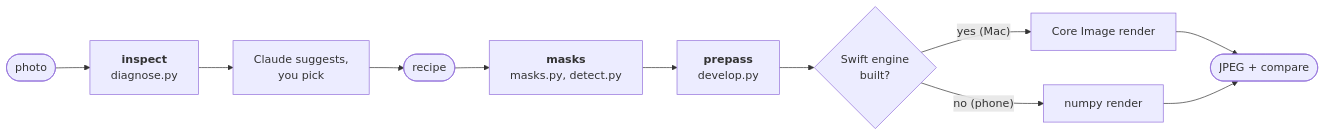
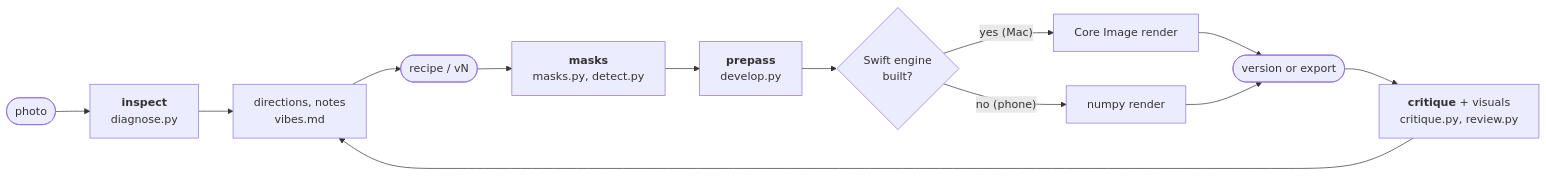
Before and after one commit to dataguyofprocol/feedready: the second of 3 diagrams in README.md, drawn with Mermaid. The commit also changed other lines of this file and 13 other files, not shown here.

````diff
--- a/README.md
+++ b/README.md
@@ -163,13 +181,15 @@
 ```mermaid
 flowchart LR
     P(["photo"]) --> I["<b>inspect</b><br/>diagnose.py"]
-    I --> S["Claude suggests,<br/>you pick"]
-    S --> R(["recipe"])
+    I --> S["directions, notes<br/>vibes.md"]
+    S --> R(["recipe / vN"])
     R --> M["<b>masks</b><br/>masks.py, detect.py"]
     M --> X["<b>prepass</b><br/>develop.py"]
     X --> E{"Swift engine<br/>built?"}
     E -->|"yes (Mac)"| C["Core Image render"]
     E -->|"no (phone)"| N["numpy render"]
-    C --> O(["JPEG + compare"])
+    C --> O(["version or export"])
     N --> O
+    O --> V["<b>critique</b> + visuals<br/>critique.py, review.py"]
+    V --> S
 ```
````
